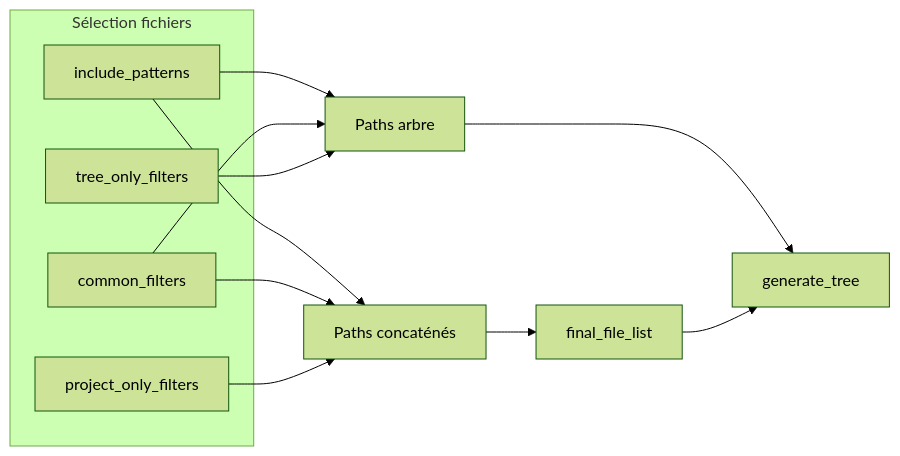
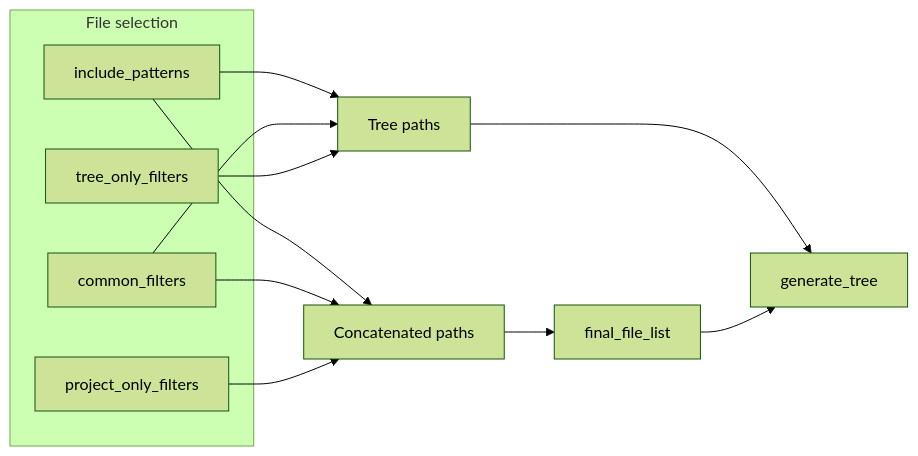
The diagram in docs/plans/2026_05_17_16:43_refactor__phase-0_arbre-tailles-extensions.plan.md (DamienBecherini/AIContextCraft), drawn with Mermaid (forest theme) before and after one commit. The commit also changed other lines of this file and 20 other files, not shown here.

````diff
--- a/docs/plans/2026_05_17_16:43_refactor__phase-0_arbre-tailles-extensions.plan.md
+++ b/docs/plans/2026_05_17_16:43_refactor__phase-0_arbre-tailles-extensions.plan.md
@@ -37,18 +37,18 @@
 ```mermaid
 flowchart LR
-  subgraph selection [Sélection fichiers]
+  subgraph selection [File selection]
     include[include_patterns]
     common[common_filters]
     projectOnly[project_only_filters]
     treeOnly[tree_only_filters]
   end
-  include --> treePaths[Paths arbre]
-  include --> concatPaths[Paths concaténés]
+  include --> treePaths[Tree paths]
+  include --> concatPaths[Concatenated paths]
   common --> treePaths
   common --> concatPaths
   treeOnly --> treePaths
   projectOnly --> concatPaths
   treePaths --> generateTree[generate_tree]
   concatPaths --> finalList[final_file_list]
   finalList --> generateTree
 ```
````
